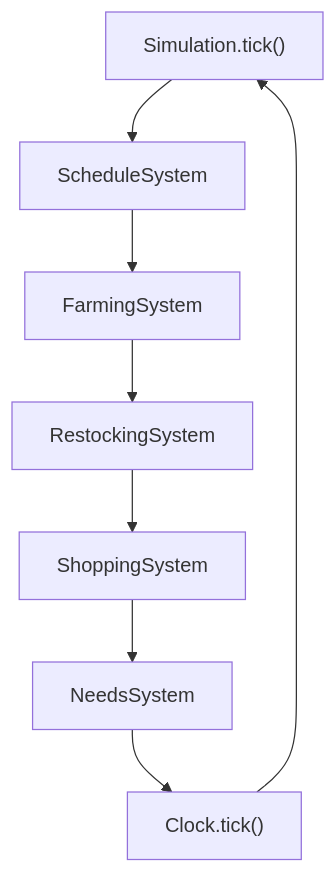
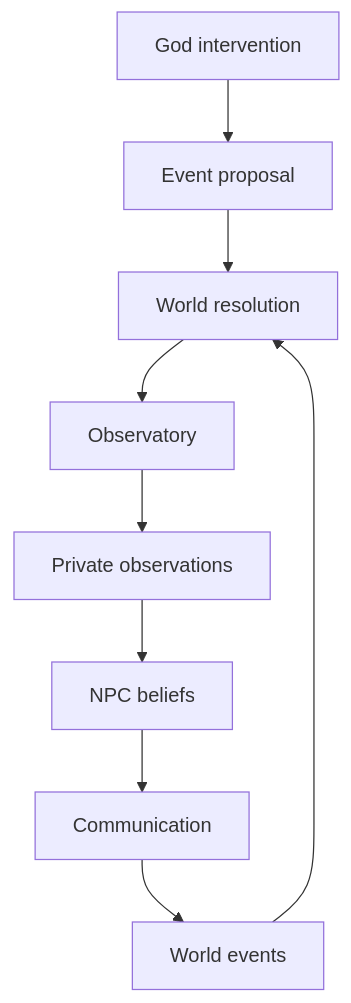
One commit to faizdevx/tinyworld changed the diagram in README.md. Above: the diagram before and after it, drawn with Mermaid. The commit also changed other lines of this file and 10 other files, not shown here.

````diff
--- a/README.md
+++ b/README.md
@@ -93,18 +16,13 @@
 ```mermaid
 flowchart TD
-    A["Simulation.tick()"]
-    B["ScheduleSystem"]
-    C["FarmingSystem"]
-    D["RestockingSystem"]
-    E["ShoppingSystem"]
-    F["NeedsSystem"]
-    G["Clock.tick()"]
+    A[God intervention]
+    B[Event proposal]
+    C[World resolution]
+    D[Observatory]
+    E[Private observations]
+    F[NPC beliefs]
+    G[Communication]
+    H[World events]
 
-    A --> B
-    B --> C
-    C --> D
-    D --> E
-    E --> F
-    F --> G
-    G --> A
+    A --> B --> C --> D --> E --> F --> G --> H --> C
 ```
````
